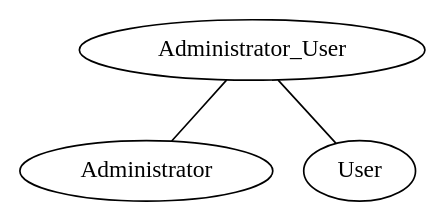
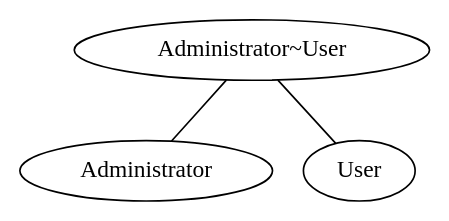
Before and after one commit to ArcadeData/arcadedb-docs: the diagram in src/main/asciidoc/how-to/migration/neo4j-importer.adoc, drawn with Graphviz. The commit also changed other lines of this file, not shown here.

```diff
--- a/src/main/asciidoc/how-to/migration/neo4j-importer.adoc
+++ b/src/main/asciidoc/how-to/migration/neo4j-importer.adoc
@@ -20,7 +31,7 @@
 [graphviz,Neo4jInheritance,svg]
 ----
 graph g {
-    "Administrator_User" -- "Administrator"
-    "Administrator_User" -- "User"
+    "Administrator~User" -- "Administrator"
+    "Administrator~User" -- "User"
 }
 ----
```
